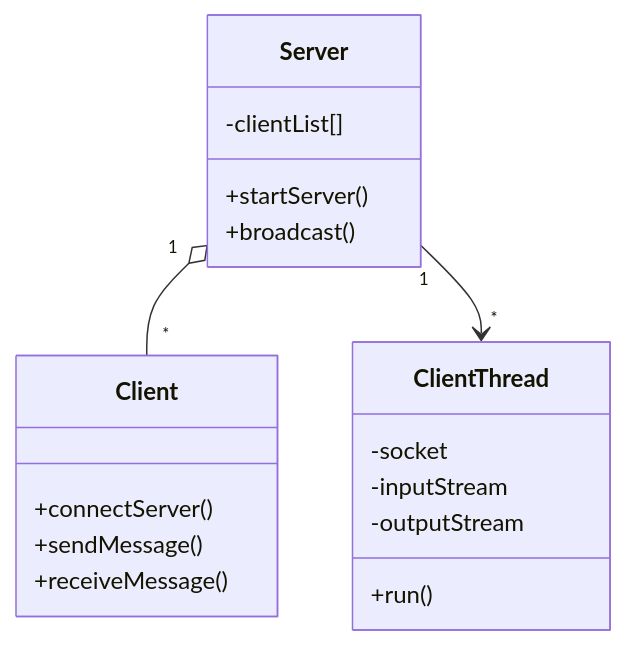
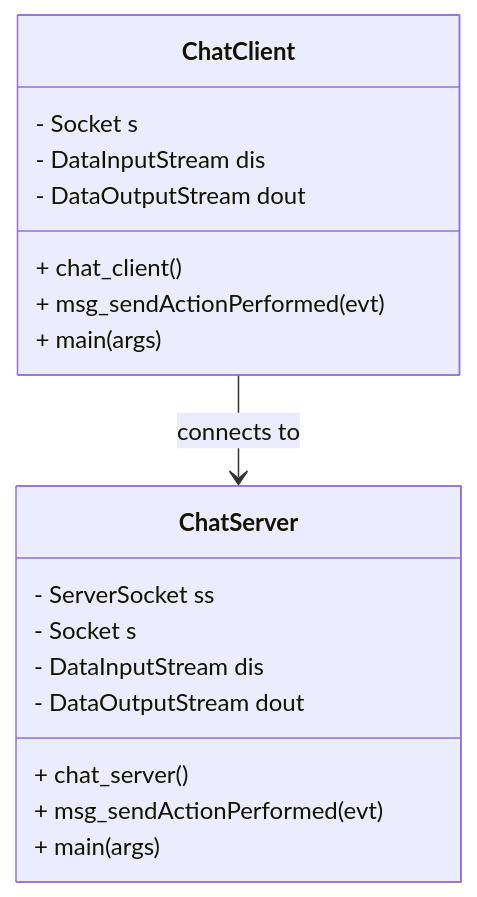
Before and after one commit to Kathiravan-2006/ChatBox-Java_Chat_Application: the diagram in README.md, drawn with Mermaid.

Commit message:
UML updation README.md

````diff
--- a/README.md
+++ b/README.md
@@ -59,24 +59,24 @@
 ```mermaid
 classDiagram
-    class Server {
-      +startServer()
-      +broadcast()
-      -clientList[]
+    class ChatServer {
+        - ServerSocket ss
+        - Socket s
+        - DataInputStream dis
+        - DataOutputStream dout
+        + chat_server()
+        + msg_sendActionPerformed(evt)
+        + main(args)
     }
 
-    class Client {
-      +connectServer()
-      +sendMessage()
-      +receiveMessage()
+    class ChatClient {
+        - Socket s
+        - DataInputStream dis
+        - DataOutputStream dout
+        + chat_client()
+        + msg_sendActionPerformed(evt)
+        + main(args)
     }
 
-    class ClientThread {
-      +run()
-      -socket
-      -inputStream
-      -outputStream
-    }
+    ChatClient --> ChatServer : connects to
 
-    Server "1" o-- "*" Client
-    Server "1" --> "*" ClientThread
 ```  
````
